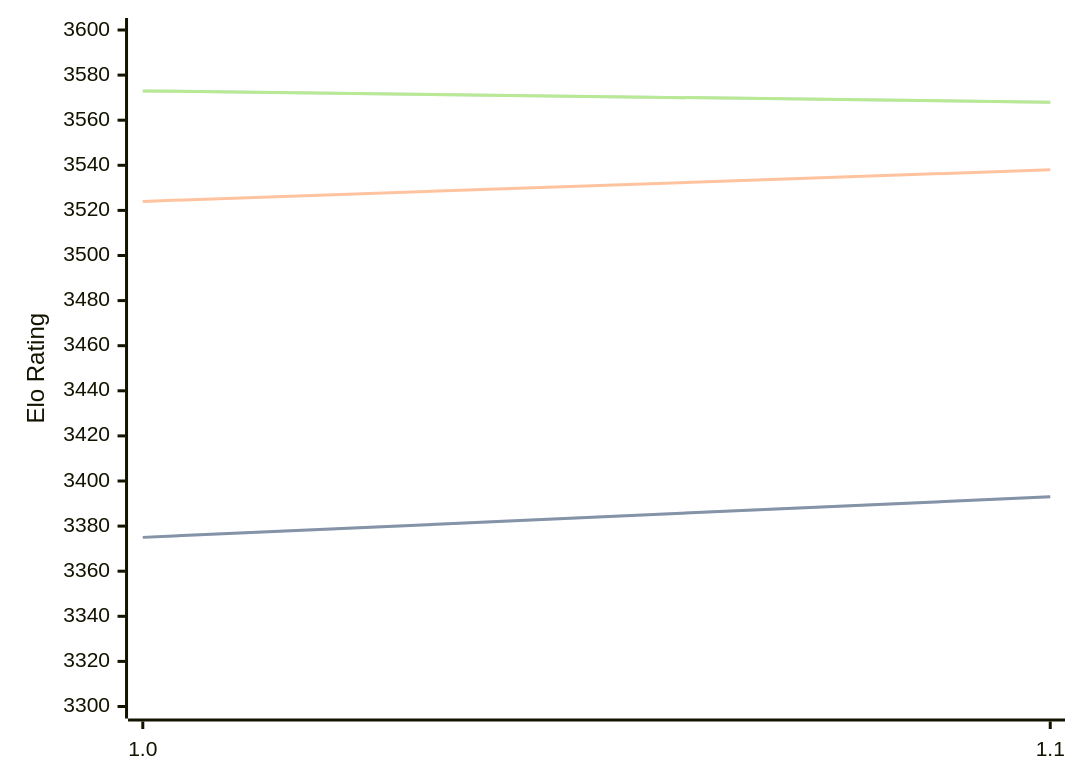
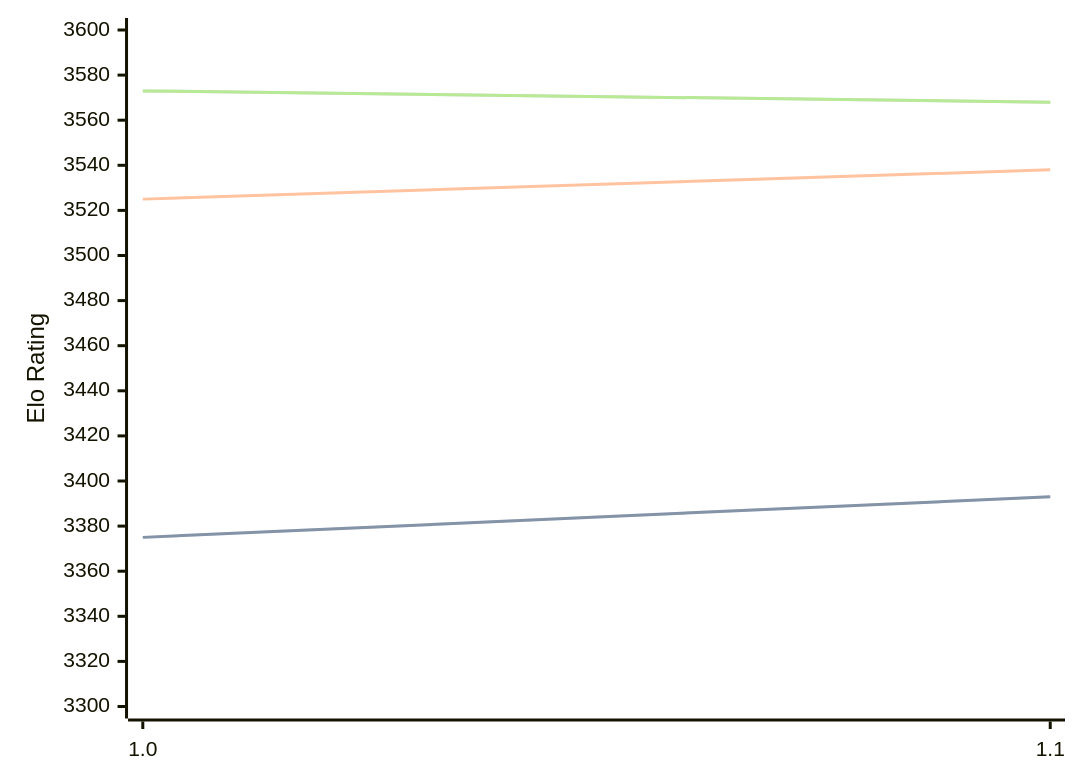
The diagram in engines/Horsie.md (computer-chess-index/cci), drawn with Mermaid before and after one commit. The commit also changed other lines of this file, not shown here.

````diff
--- a/engines/Horsie.md
+++ b/engines/Horsie.md
@@ -29,11 +29,11 @@
 ```mermaid
 %%{init: {"theme":"base","themeVariables":{"seriesColors:['#a3a3a3','#222221','#faa371']}}}%%
 xychart-beta
   x-axis ["1.0", "1.1"]
   y-axis "Elo Rating" 3300 --> 3600
   line "STC (8.0+0.08s)" [3375, 3393]
   line "STC (8.0+0.08s)" [3375, 3393]
-  line "LTC (60.0+0.60s)" [3524, 3538]
+  line "LTC (60.0+0.60s)" [3525, 3538]
   line "VLTC (2m24s+1.12s)" [3573, 3568]
   line "VLTC (2m24s+1.12s)" [3573, 3568]
 ```
````
